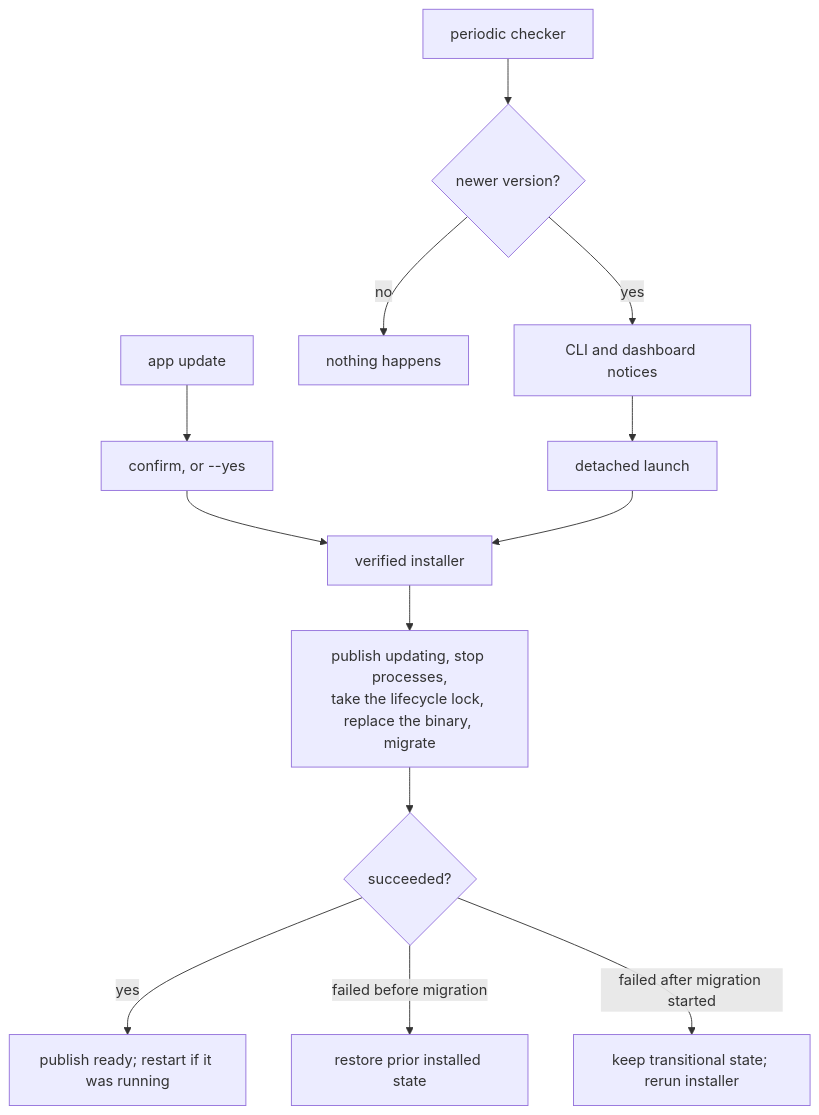
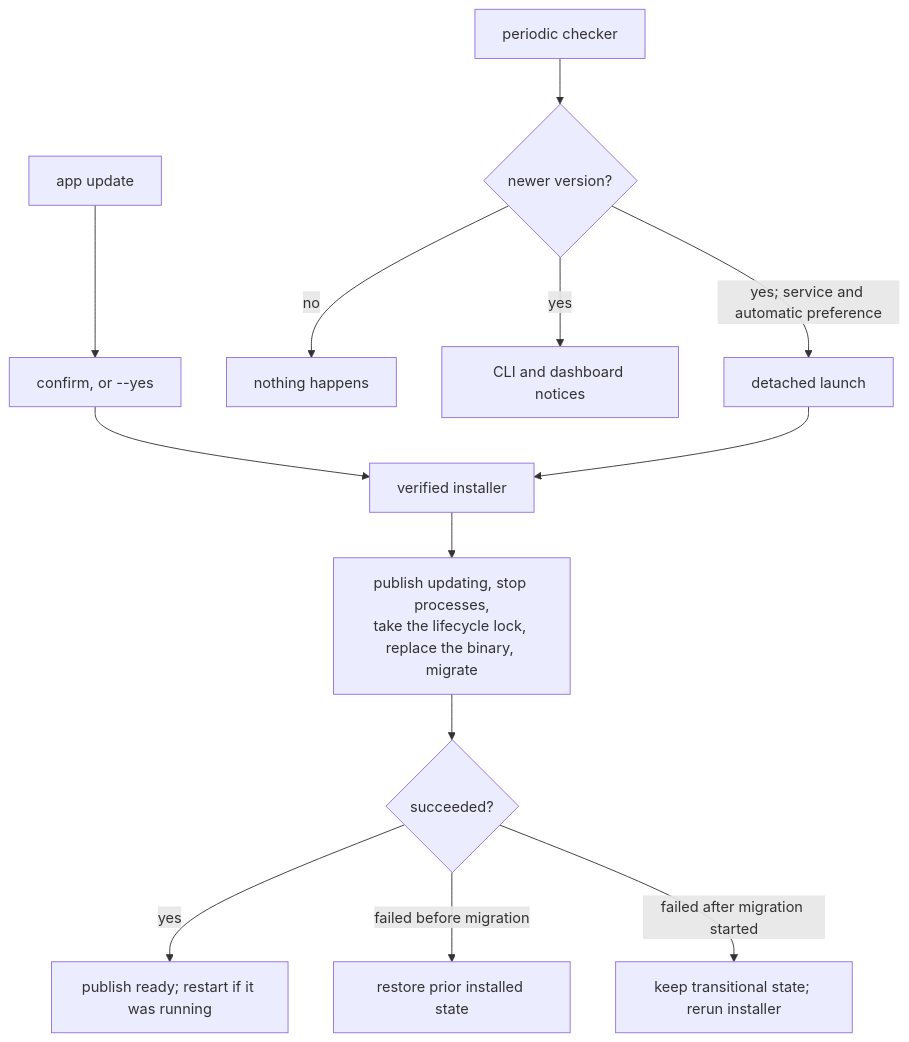
One commit to Data-Corruption/Sprout changed the third of 4 diagrams in docs/content/docs/architecture.md. Above: the diagram before and after it, drawn with Mermaid. The commit also changed other lines of this file and 44 other files, not shown here.

````diff
--- a/docs/content/docs/architecture.md
+++ b/docs/content/docs/architecture.md
@@ -291,15 +292,15 @@
 ```mermaid
 flowchart TB
   manual["app update"] --> confirm["confirm, or --yes"]
   checker["periodic checker"] --> newer{"newer version?"}
   newer -->|no| nothing["nothing happens"]
   newer -->|yes| notice["CLI and dashboard notices"]
-  notice --> detached["detached launch"]
+  newer -->|"yes; service and automatic preference"| detached["detached launch"]
   confirm --> installer["verified installer"]
   detached --> installer
   installer --> work["publish updating, stop processes,<br>take the lifecycle lock, replace the binary, migrate"]
   work --> ok{"succeeded?"}
   ok -->|yes| restart["publish ready; restart if it was running"]
   ok -->|failed before migration| rollback["restore prior installed state"]
   ok -->|failed after migration started| recover["keep transitional state; rerun installer"]
 ```
````
